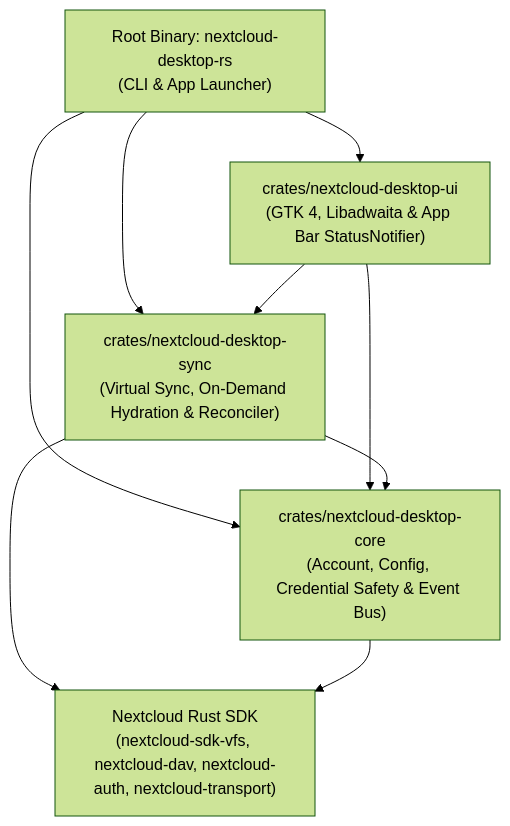
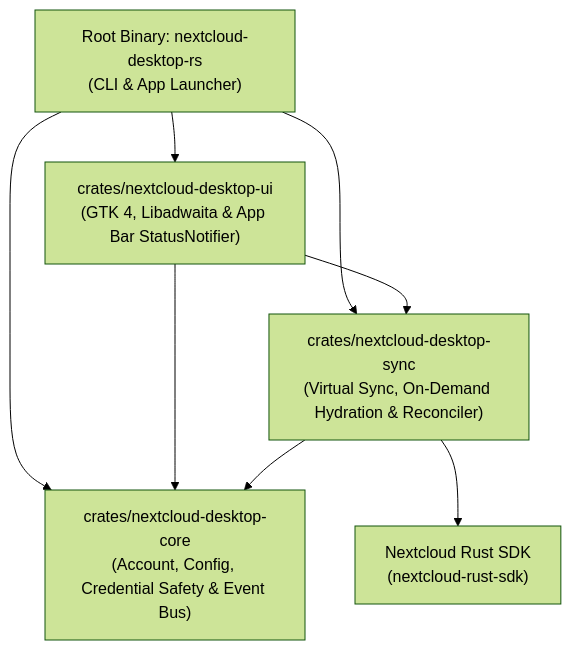
The diagram in docs/ARCHITECTURE.md (Luxuride/nexia-client), drawn with Mermaid (forest theme) before and after one commit. The commit also changed 19 other files, not shown here.

Commit message:
refactor: use nextcloud-rust-sdk directly, adopt Libadwaita HIG UI, and update dependencies

````diff
--- a/docs/ARCHITECTURE.md
+++ b/docs/ARCHITECTURE.md
@@ -11,17 +11,16 @@
 ```mermaid
 flowchart TD
     Binary["Root Binary: nextcloud-desktop-rs\n(CLI & App Launcher)"]
     UI["crates/nextcloud-desktop-ui\n(GTK 4, Libadwaita & App Bar StatusNotifier)"]
     Sync["crates/nextcloud-desktop-sync\n(Virtual Sync, On-Demand Hydration & Reconciler)"]
     Core["crates/nextcloud-desktop-core\n(Account, Config, Credential Safety & Event Bus)"]
-    SDK["Nextcloud Rust SDK\n(nextcloud-sdk-vfs, nextcloud-dav, nextcloud-auth, nextcloud-transport)"]
+    SDK["Nextcloud Rust SDK\n(nextcloud-rust-sdk)"]
 
     Binary --> UI
     Binary --> Sync
     Binary --> Core
     UI --> Sync
     UI --> Core
     Sync --> Core
     Sync --> SDK
-    Core --> SDK
 ```
````
